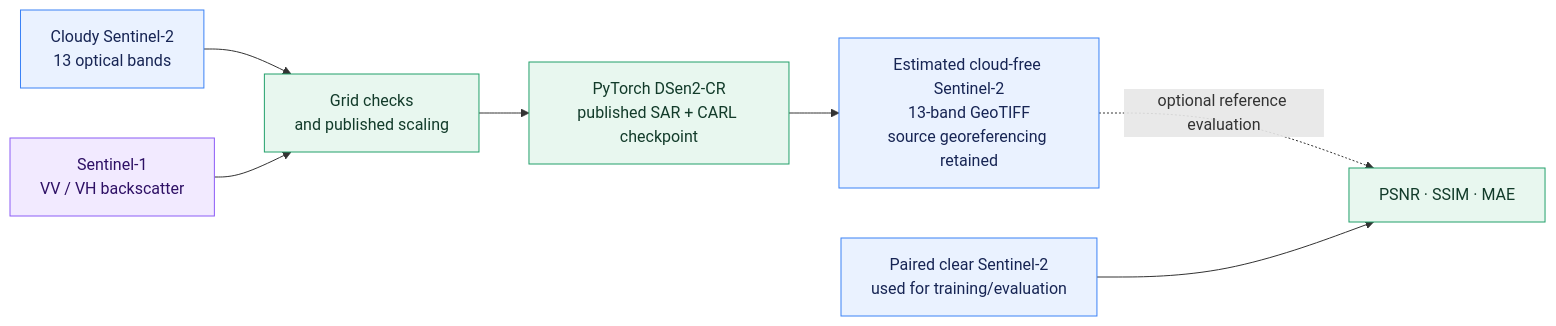
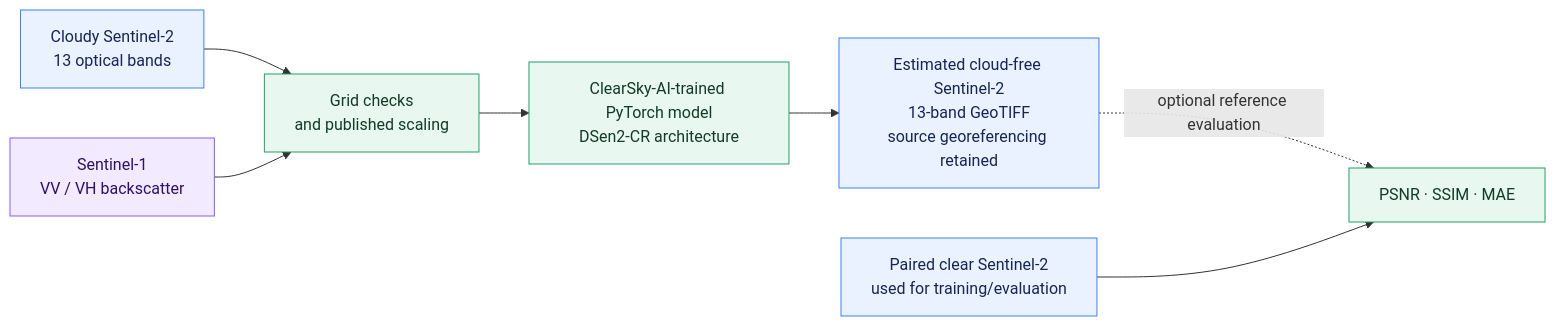
One commit to siddharthhkk/CLEARSKKYAI changed the diagram in readme.md. Above: the diagram before and after it, drawn with Mermaid. The commit also changed other lines of this file and 14 other files, not shown here.

````diff
--- a/readme.md
+++ b/readme.md
@@ -41,16 +43,16 @@
 ```mermaid
 flowchart LR
     S2["Cloudy Sentinel-2<br/>13 optical bands"] --> GRID["Grid checks<br/>and published scaling"]
     S1["Sentinel-1<br/>VV / VH backscatter"] --> GRID
-    GRID --> MODEL["PyTorch DSen2-CR<br/>published SAR + CARL checkpoint"]
+    GRID --> MODEL["ClearSky-AI-trained PyTorch model<br/>DSen2-CR architecture"]
     MODEL --> OUT["Estimated cloud-free Sentinel-2<br/>13-band GeoTIFF<br/>source georeferencing retained"]
     OUT -. "optional reference evaluation" .-> METRICS["PSNR · SSIM · MAE"]
     REF["Paired clear Sentinel-2<br/>used for training/evaluation"] --> METRICS
 
     classDef optical fill:#eaf2ff,stroke:#3b82f6,color:#172554
     classDef radar fill:#f2eaff,stroke:#8b5cf6,color:#2e1065
     classDef process fill:#e8f7ef,stroke:#22a06b,color:#123b2a
     class S2,OUT,REF optical
     class S1 radar
     class GRID,MODEL,METRICS process
 ```
````
